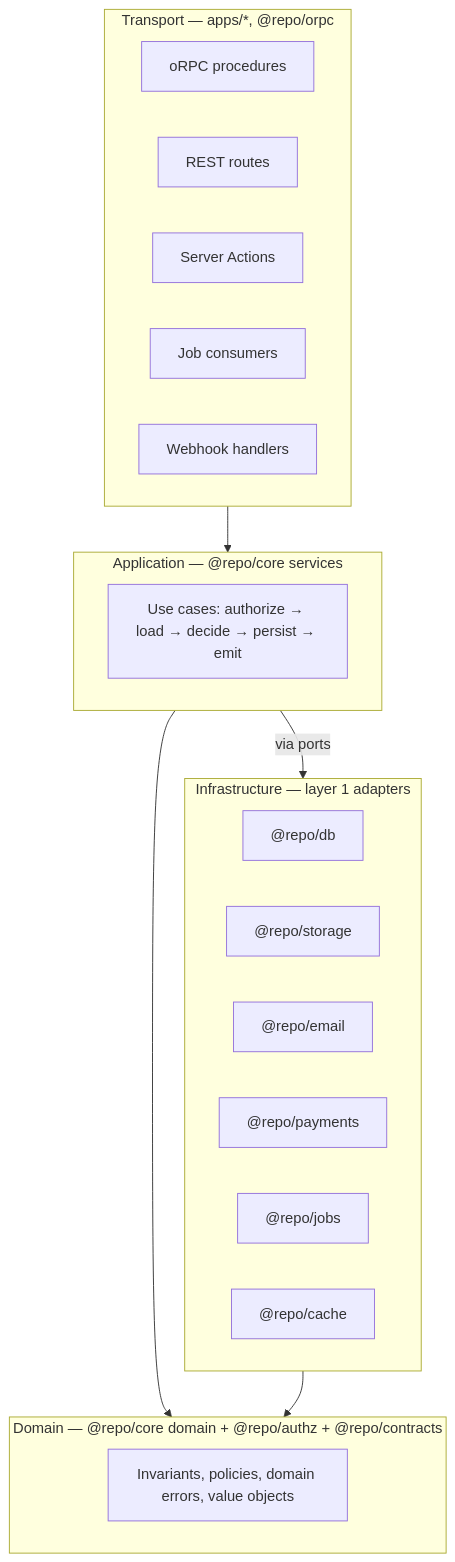
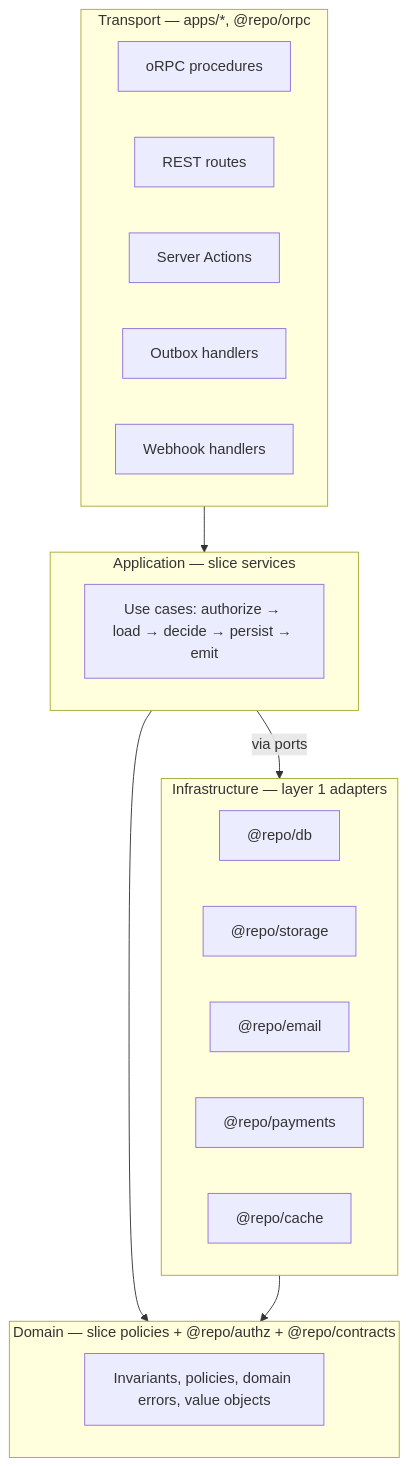
One commit to jleveneur/nextjs-boilerplate changed the first of 3 diagrams in docs/architecture/05-runtime-and-api.md. Above: the diagram before and after it, drawn with Mermaid. The commit also changed other lines of this file and 349 other files, not shown here.

First line of the commit message:
refactor!: simplify to one app, split core into kernel + slice packages (#122)

````diff
--- a/docs/architecture/05-runtime-and-api.md
+++ b/docs/architecture/05-runtime-and-api.md
@@ -18,33 +18,32 @@
 ```mermaid
 flowchart TB
     subgraph transport["Transport — apps/*, @repo/orpc"]
         direction LR
         T1["oRPC procedures"]
         T2["REST routes"]
         T3["Server Actions"]
-        T4["Job consumers"]
+        T4["Outbox handlers"]
         T5["Webhook handlers"]
     end
 
-    subgraph application["Application — @repo/core services"]
+    subgraph application["Application — slice services"]
         A1["Use cases: authorize → load → decide → persist → emit"]
     end
 
-    subgraph domain["Domain — @repo/core domain + @repo/authz + @repo/contracts"]
+    subgraph domain["Domain — slice policies + @repo/authz + @repo/contracts"]
         D1["Invariants, policies, domain errors, value objects"]
     end
 
     subgraph infra["Infrastructure — layer 1 adapters"]
         I1["@repo/db"]
         I2["@repo/storage"]
         I3["@repo/email"]
         I4["@repo/payments"]
-        I5["@repo/jobs"]
-        I6["@repo/cache"]
+        I5["@repo/cache"]
     end
 
     transport --> application
     application --> domain
     application -->|"via ports"| infra
     infra --> domain
 ```
````
